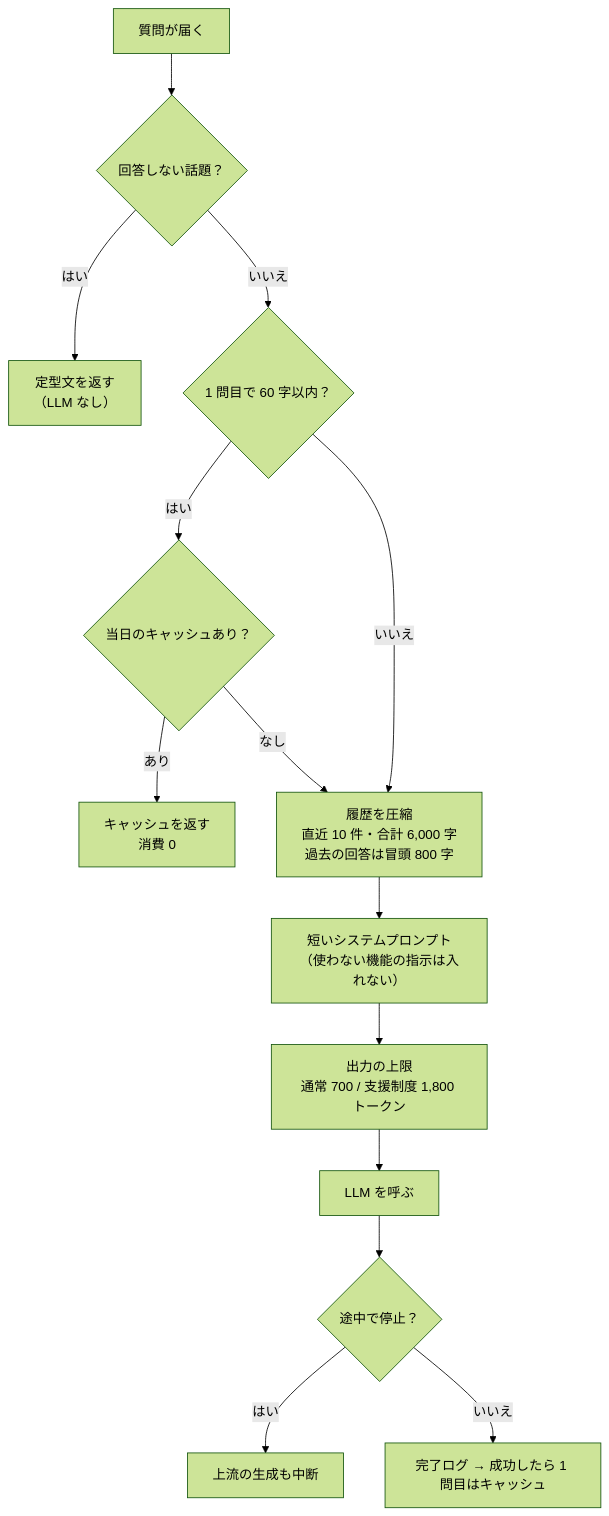
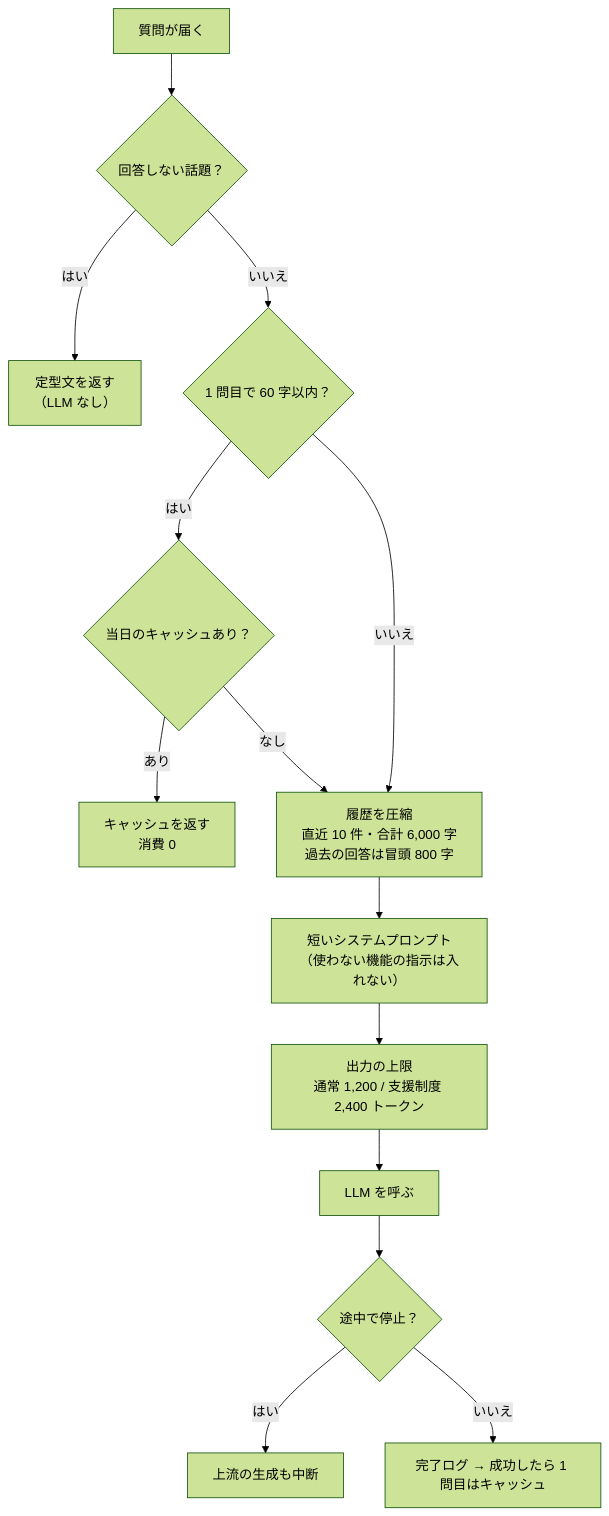
Before and after one commit to bright-broom/chat-bot: the third of 4 diagrams in README.md, drawn with Mermaid (forest theme). The commit also changed other lines of this file and 6 other files, not shown here.

````diff
--- a/README.md
+++ b/README.md
@@ -123,16 +123,16 @@
 ```mermaid
 flowchart TD
   q["質問が届く"] --> blocked{"回答しない話題？"}
   blocked -- "はい" --> fixed["定型文を返す<br/>（LLM なし）"]
   blocked -- "いいえ" --> first{"1 問目で 60 字以内？"}
   first -- "はい" --> hit{"当日のキャッシュあり？"}
   hit -- "あり" --> zero["キャッシュを返す<br/>消費 0"]
   hit -- "なし" --> trim
   first -- "いいえ" --> trim["履歴を圧縮<br/>直近 10 件・合計 6,000 字<br/>過去の回答は冒頭 800 字"]
   trim --> prompt["短いシステムプロンプト<br/>（使わない機能の指示は入れない）"]
-  prompt --> cap["出力の上限<br/>通常 700 / 支援制度 1,800 トークン"]
+  prompt --> cap["出力の上限<br/>通常 1,200 / 支援制度 2,400 トークン"]
   cap --> llm["LLM を呼ぶ"]
   llm --> stop{"途中で停止？"}
   stop -- "はい" --> abort["上流の生成も中断"]
   stop -- "いいえ" --> done["完了ログ → 成功したら 1 問目はキャッシュ"]
 ```
````
